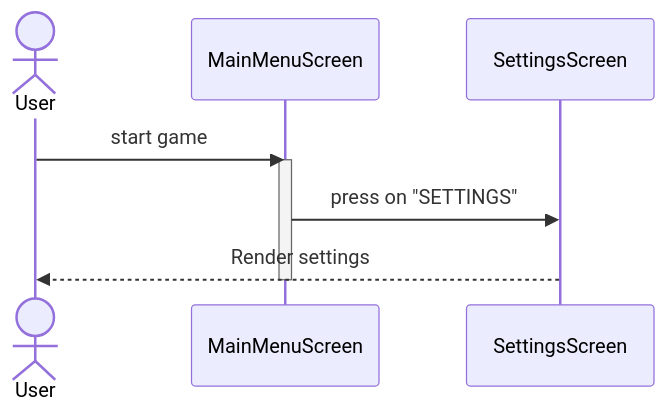
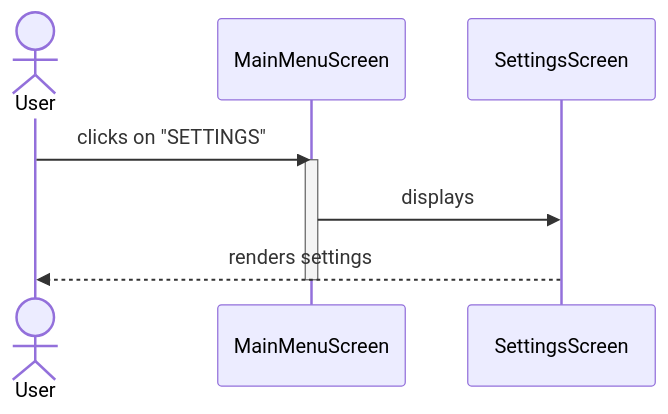
Before and after one commit to BIRSAx2/klotski: the second of 10 diagrams in docs/sequence_diagram/index.md, drawn with Mermaid. The commit also changed other lines of this file, not shown here.

Commit message:
Improved internal sequence diagram. Added NextBestMove sequence diagram

````diff
--- a/docs/sequence_diagram/index.md
+++ b/docs/sequence_diagram/index.md
@@ -86,9 +86,13 @@
 ```mermaid
 sequenceDiagram
     actor User
-    User ->> MainMenuScreen: start game
+    participant MainMenuScreen
+    participant SettingsScreen
+
+
+    User ->> MainMenuScreen: clicks on "SETTINGS"
     activate MainMenuScreen
-    MainMenuScreen ->> SettingsScreen: press on "SETTINGS"
-    SettingsScreen -->> User: Render settings
+    MainMenuScreen ->> SettingsScreen: displays
+    SettingsScreen -->> User: renders settings
     deactivate MainMenuScreen
 ```
````
